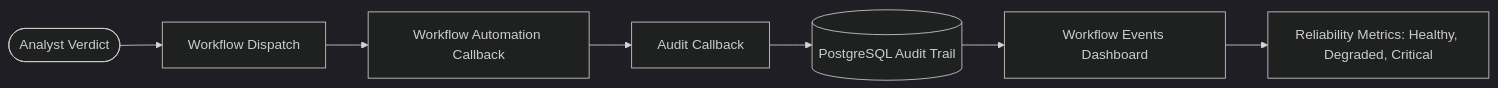
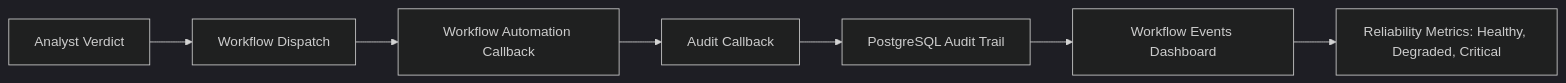
Before and after one commit to IjazKakkodDS/transaction-fraud-intelligence-console: the sixth of 6 diagrams in README.md, drawn with Mermaid (dark theme). The commit also changed other lines of this file, not shown here.

Commit message:
Fix README Mermaid rendering

````diff
--- a/README.md
+++ b/README.md
@@ -336,9 +342,9 @@
 ```mermaid
 flowchart LR
-    A(["Analyst Verdict"]) --> B["Workflow Dispatch"]
+    A["Analyst Verdict"] --> B["Workflow Dispatch"]
     B --> C["Workflow Automation Callback"]
     C --> D["Audit Callback"]
-    D --> E[("PostgreSQL Audit Trail")]
+    D --> E["PostgreSQL Audit Trail"]
     E --> F["Workflow Events Dashboard"]
     F --> G["Reliability Metrics: Healthy, Degraded, Critical"]
 ```
````
